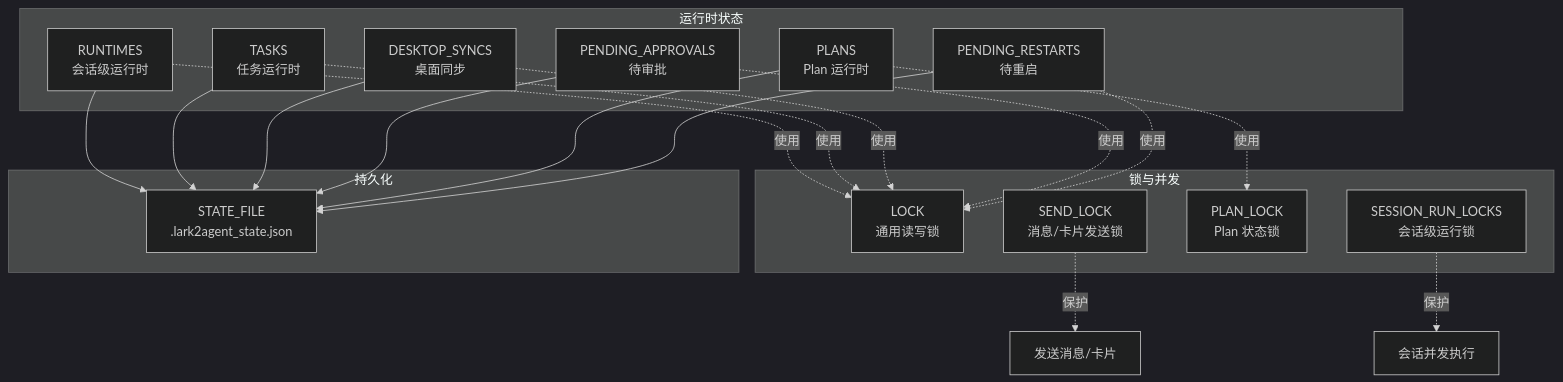
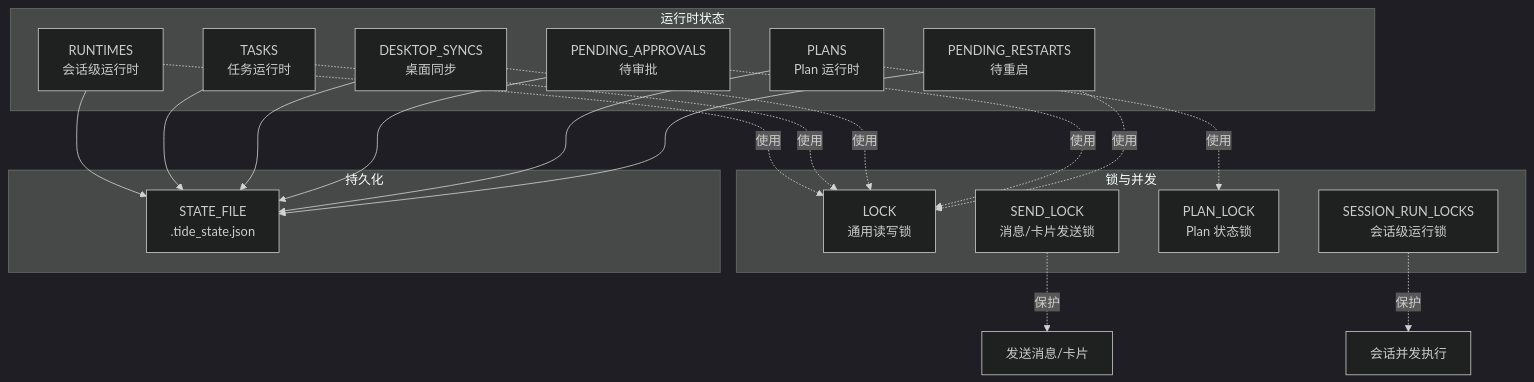
One commit to winditer/tide changed the first of 4 diagrams in .qoder/repowiki/zh/content/高级特性/状态同步/运行时管理.md. Above: the diagram before and after it, drawn with Mermaid (dark theme). The commit also changed other lines of this file and 260 other files, not shown here.

````diff
--- a/.qoder/repowiki/zh/content/高级特性/状态同步/运行时管理.md
+++ b/.qoder/repowiki/zh/content/高级特性/状态同步/运行时管理.md
@@ -33,34 +33,34 @@
 ```mermaid
 graph TB
 subgraph "运行时状态"
 RUNTIMES["RUNTIMES<br/>会话级运行时"]
 TASKS["TASKS<br/>任务运行时"]
 DESKTOP["DESKTOP_SYNCS<br/>桌面同步"]
 APPROVALS["PENDING_APPROVALS<br/>待审批"]
 PLANS["PLANS<br/>Plan 运行时"]
 RESTARTS["PENDING_RESTARTS<br/>待重启"]
 end
 subgraph "锁与并发"
 LOCK["LOCK<br/>通用读写锁"]
 SEND["SEND_LOCK<br/>消息/卡片发送锁"]
 PLAN["PLAN_LOCK<br/>Plan 状态锁"]
 SESSLOCKS["SESSION_RUN_LOCKS<br/>会话级运行锁"]
 end
 subgraph "持久化"
-STATE["STATE_FILE<br/>.lark2agent_state.json"]
+STATE["STATE_FILE<br/>.tide_state.json"]
 end
 RUNTIMES --> STATE
 TASKS --> STATE
 DESKTOP --> STATE
 APPROVALS --> STATE
 PLANS --> STATE
 RESTARTS --> STATE
 RUNTIMES -.使用.-> LOCK
 TASKS -.使用.-> LOCK
 DESKTOP -.使用.-> LOCK
 APPROVALS -.使用.-> LOCK
 PLANS -.使用.-> PLAN
 RESTARTS -.使用.-> LOCK
 SEND -.保护.-> 发送消息/卡片
 SESSLOCKS -.保护.-> 会话并发执行
 ```
````
